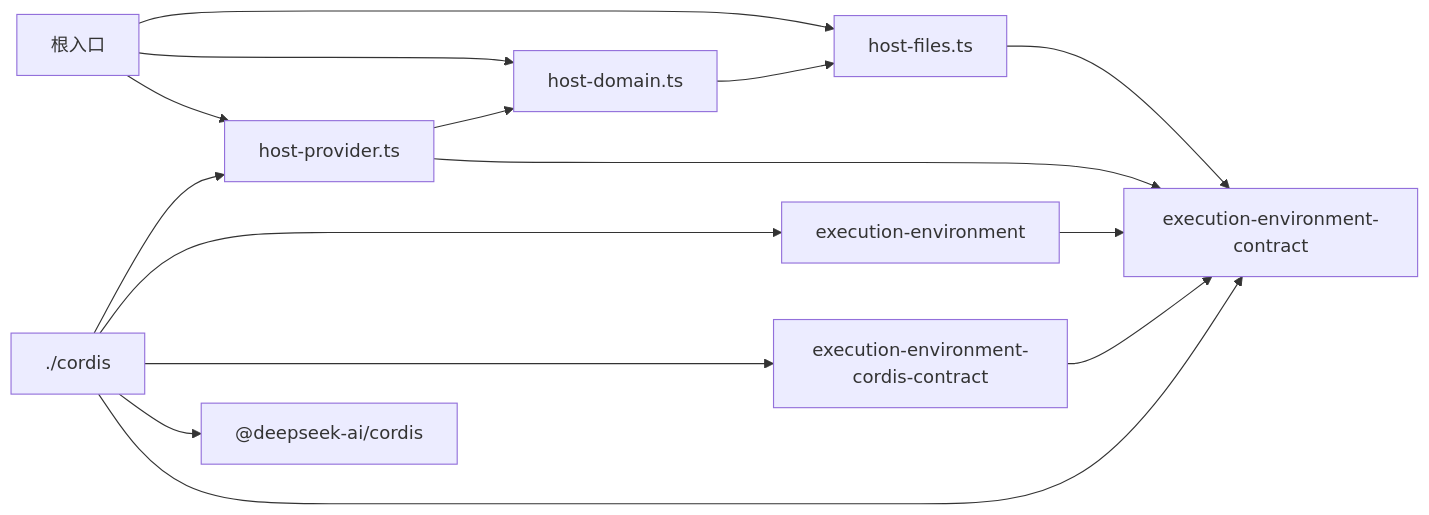
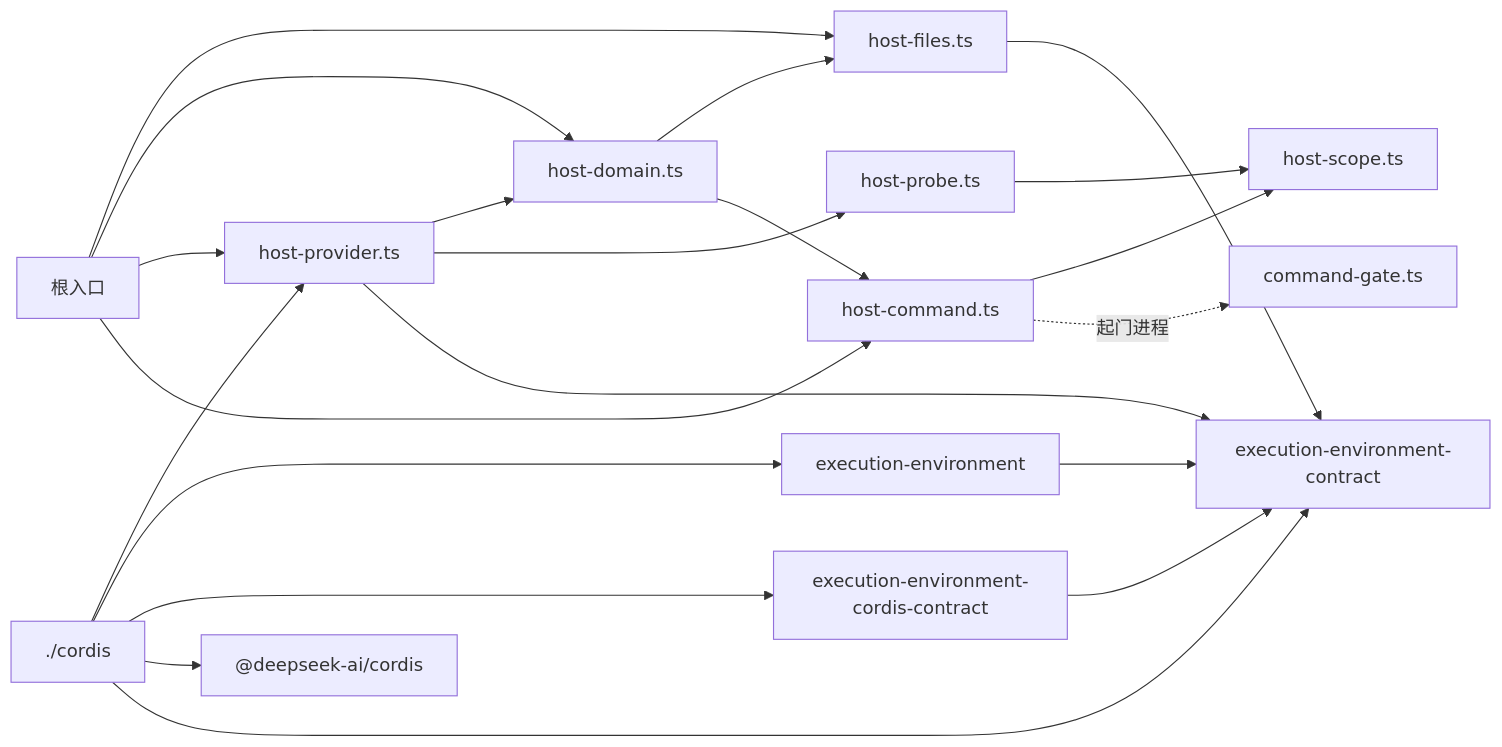
One commit to nemori-ai/omne-harness-lite changed the first of 2 diagrams in packages/execution/execution-environment-host-local/docs/architecture.md. Above: the diagram before and after it, drawn with Mermaid. The commit also changed other lines of this file and 19 other files, not shown here.

First line of the commit message:
feat(execution-environment-host-local): Linux 上的 command 设施与平台前提探测（#421）

````diff
--- a/packages/execution/execution-environment-host-local/docs/architecture.md
+++ b/packages/execution/execution-environment-host-local/docs/architecture.md
@@ -22,17 +26,23 @@
 ```mermaid
 flowchart LR
   Root[根入口] --> Files[host-files.ts]
   Root --> Domain[host-domain.ts]
   Root --> Provider[host-provider.ts]
   Domain --> Files
   Provider --> Domain
+  Root --> Command[host-command.ts]
+  Domain --> Command
+  Provider --> Probe[host-probe.ts]
+  Command --> Scope[host-scope.ts]
+  Probe --> Scope
+  Command -. 起门进程 .-> Gate[command-gate.ts]
   Cordis[./cordis] --> Provider
   Cordis --> EE[execution-environment]
   Cordis --> EECC[execution-environment-cordis-contract]
   Cordis --> Lib["@deepseek-ai/cordis"]
   Files --> EEC[execution-environment-contract]
   Provider --> EEC
   Cordis --> EEC
   EECC --> EEC
   EE --> EEC
 ```
````
